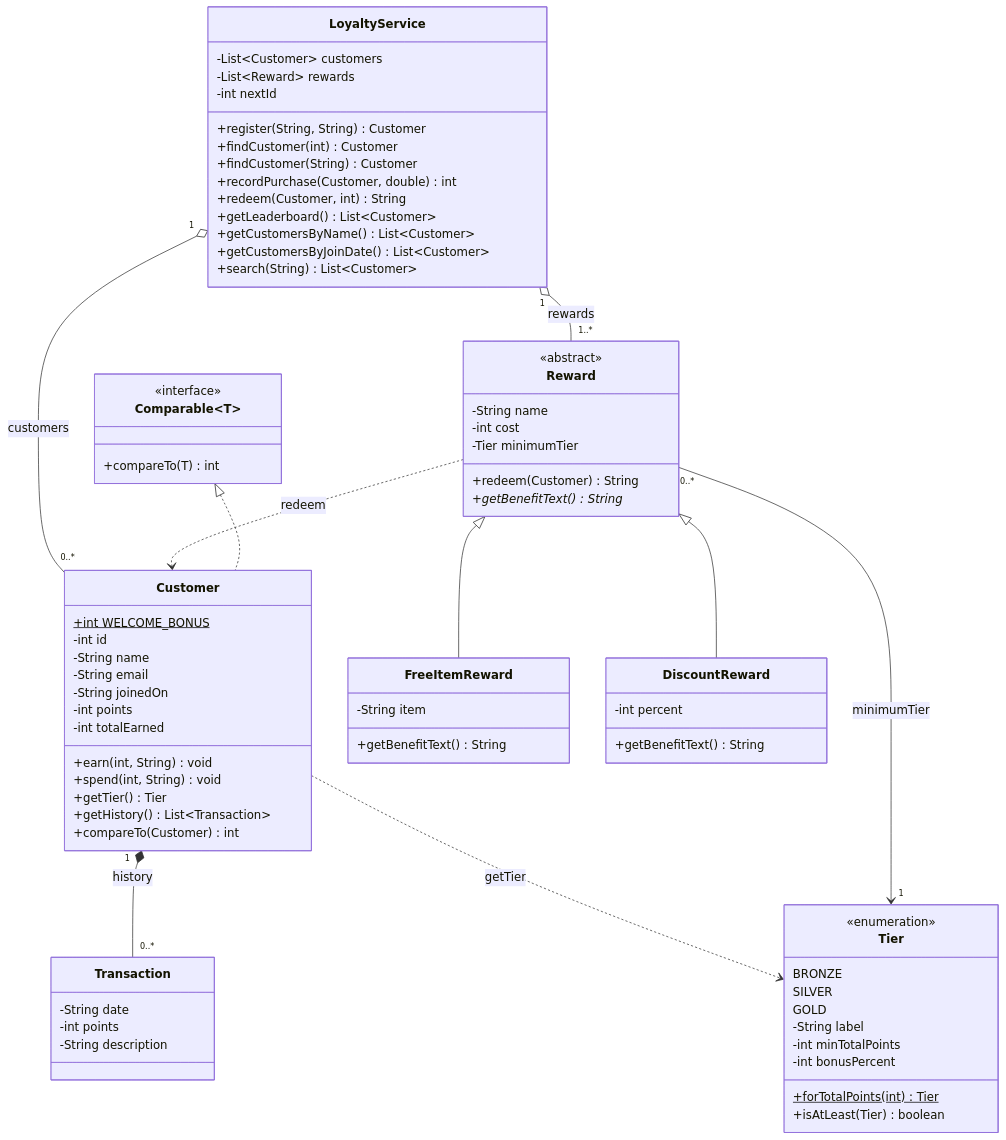
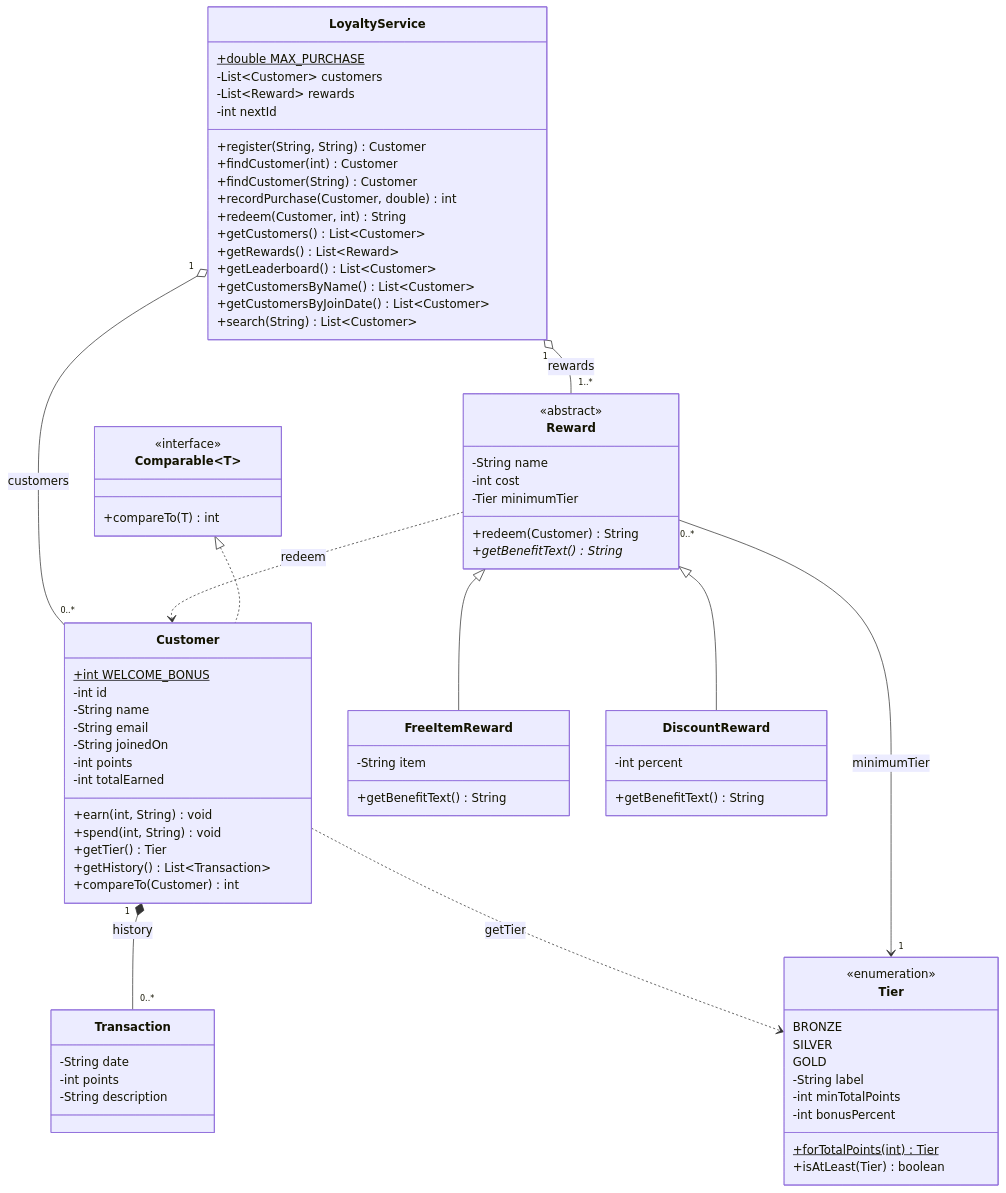
The first of 3 diagrams in docs/uml-class-diagram.md (amrohus-maker/Final-Prog2-AmroHussein-LoyatyProgram), drawn with Mermaid before and after one commit. The commit also changed 2 other files, not shown here.

Commit message:
Update README, UML and user stories for the service (#4)

```diff
--- a/docs/uml-class-diagram.md
+++ b/docs/uml-class-diagram.md
@@ -71,6 +71,7 @@
     }
 
     class LoyaltyService {
+        +double MAX_PURCHASE$
         -List~Customer~ customers
         -List~Reward~ rewards
         -int nextId
@@ -79,6 +80,8 @@
         +findCustomer(String) Customer
         +recordPurchase(Customer, double) int
         +redeem(Customer, int) String
+        +getCustomers() List~Customer~
+        +getRewards() List~Reward~
         +getLeaderboard() List~Customer~
         +getCustomersByName() List~Customer~
         +getCustomersByJoinDate() List~Customer~
```
